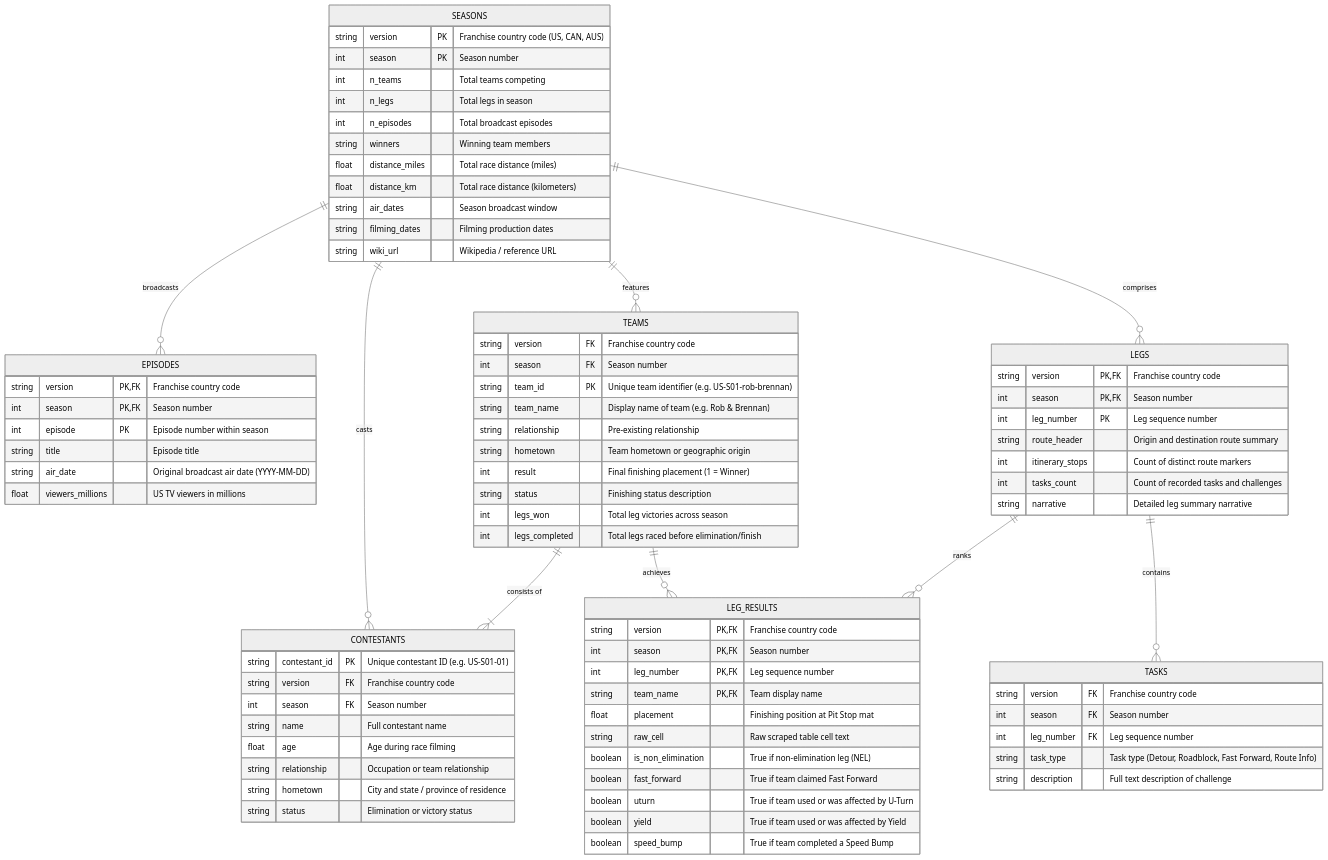
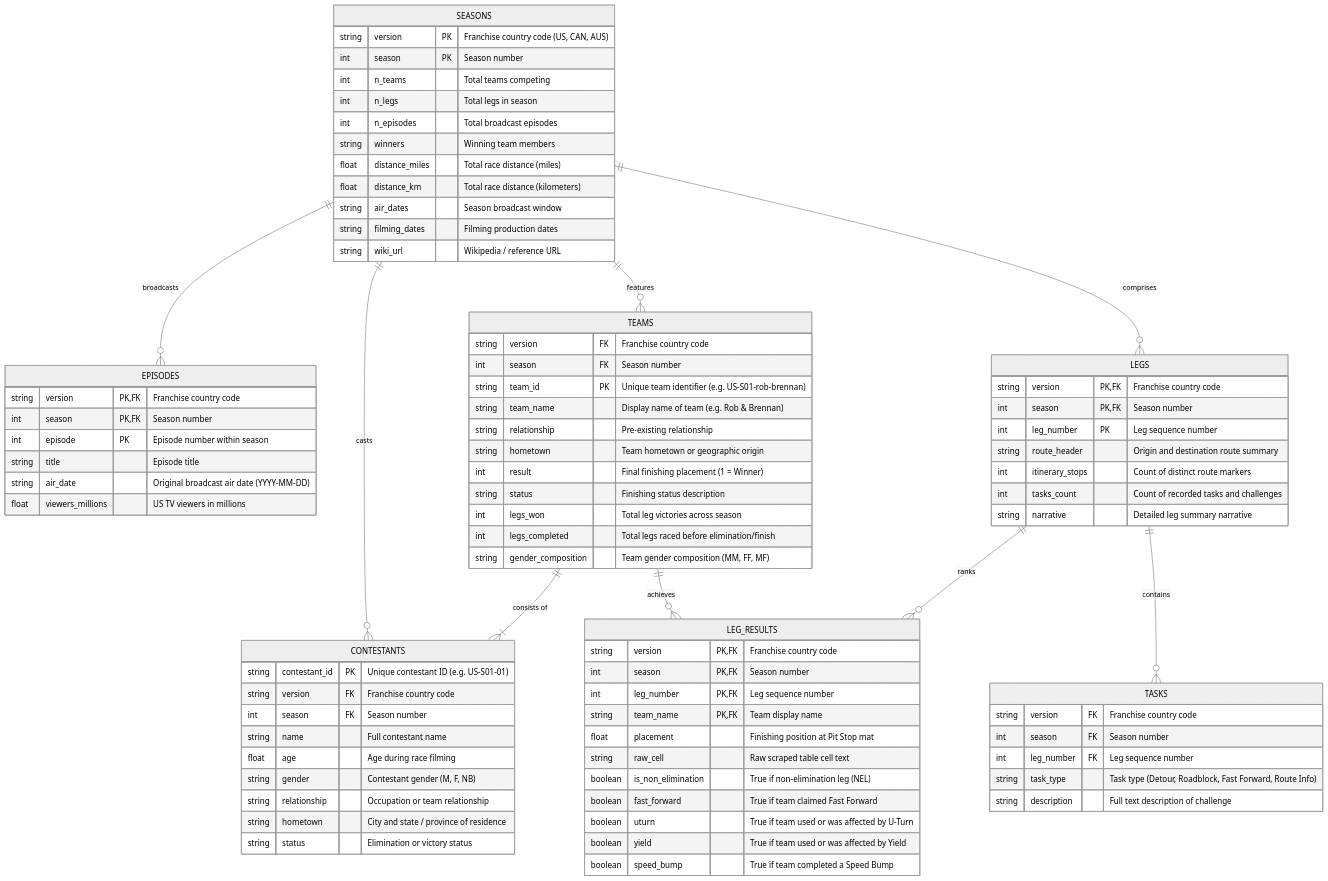
One commit to nicholaswilde/the-amazing-race changed the diagram in docs/data_dictionary.md. Above: the diagram before and after it, drawn with Mermaid (neutral theme). The commit also changed other lines of this file and 22 other files, not shown here.

Commit message:
feat(schemas): add contestant gender and team gender composition (#21)

```diff
--- a/docs/data_dictionary.md
+++ b/docs/data_dictionary.md
@@ -53,6 +53,7 @@
         string status "Finishing status description"
         int legs_won "Total leg victories across season"
         int legs_completed "Total legs raced before elimination/finish"
+        string gender_composition "Team gender composition (MM, FF, MF)"
     }
 
     CONTESTANTS {
@@ -61,6 +62,7 @@
         int season FK "Season number"
         string name "Full contestant name"
         float age "Age during race filming"
+        string gender "Contestant gender (M, F, NB)"
         string relationship "Occupation or team relationship"
         string hometown "City and state / province of residence"
         string status "Elimination or victory status"
```
